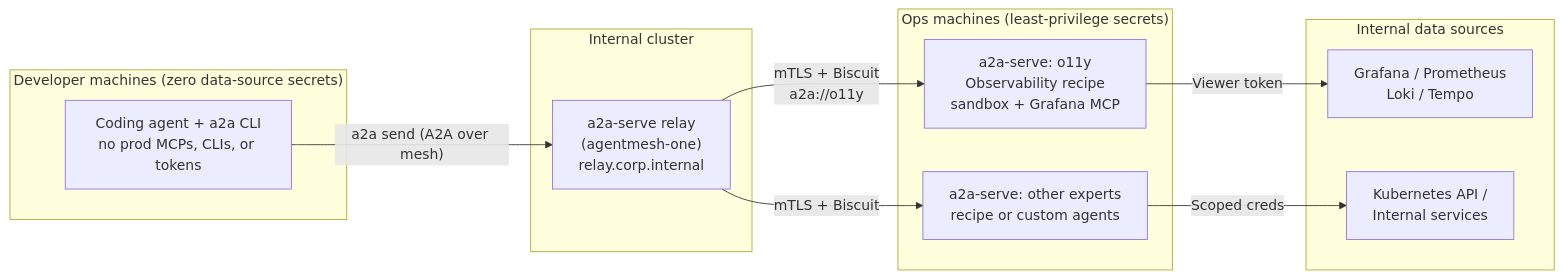
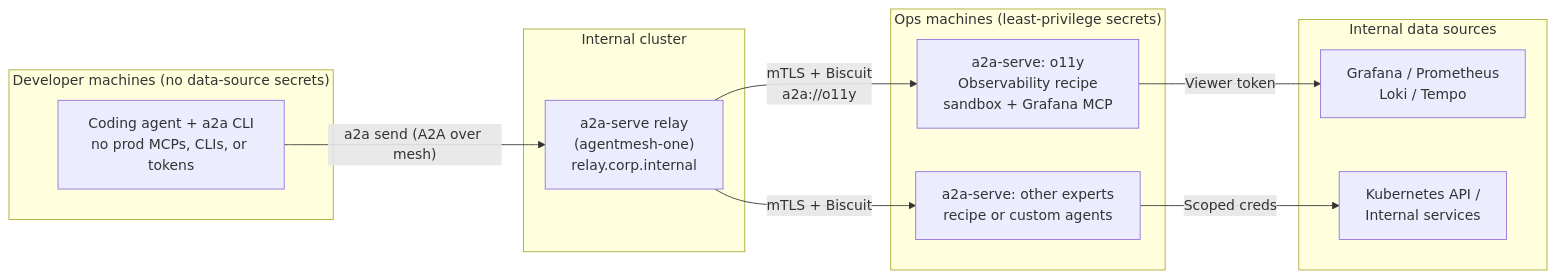
The diagram in site/content/docs/guides/a2a-serve.md (google/agentmesh), drawn with Mermaid before and after one commit. The commit also changed other lines of this file, not shown here.

````diff
--- a/site/content/docs/guides/a2a-serve.md
+++ b/site/content/docs/guides/a2a-serve.md
@@ -61,22 +60,22 @@
 ```mermaid
 flowchart LR
-  subgraph Dev["Developer machines (zero data-source secrets)"]
+  subgraph Dev["Developer machines (no data-source secrets)"]
     DevAgent["Coding agent + a2a CLI<br/>no prod MCPs, CLIs, or tokens"]
   end
   subgraph Corp["Internal cluster"]
     Relay["a2a-serve relay<br/>(agentmesh-one)<br/>relay.corp.internal"]
   end
   subgraph Ops["Ops machines (least-privilege secrets)"]
     O11y["a2a-serve: o11y<br/>Observability recipe<br/>sandbox + Grafana MCP"]
     Custom["a2a-serve: other experts<br/>recipe or custom agents"]
   end
   subgraph Sources["Internal data sources"]
     Grafana["Grafana / Prometheus<br/>Loki / Tempo"]
     K8s["Kubernetes API /<br/>Internal services"]
   end
   DevAgent -- "a2a send (A2A over mesh)" --> Relay
   Relay -- "mTLS + Biscuit<br/>a2a://o11y" --> O11y
   Relay -- "mTLS + Biscuit" --> Custom
   O11y -- "Viewer token" --> Grafana
   Custom -- "Scoped creds" --> K8s
 ```
````
